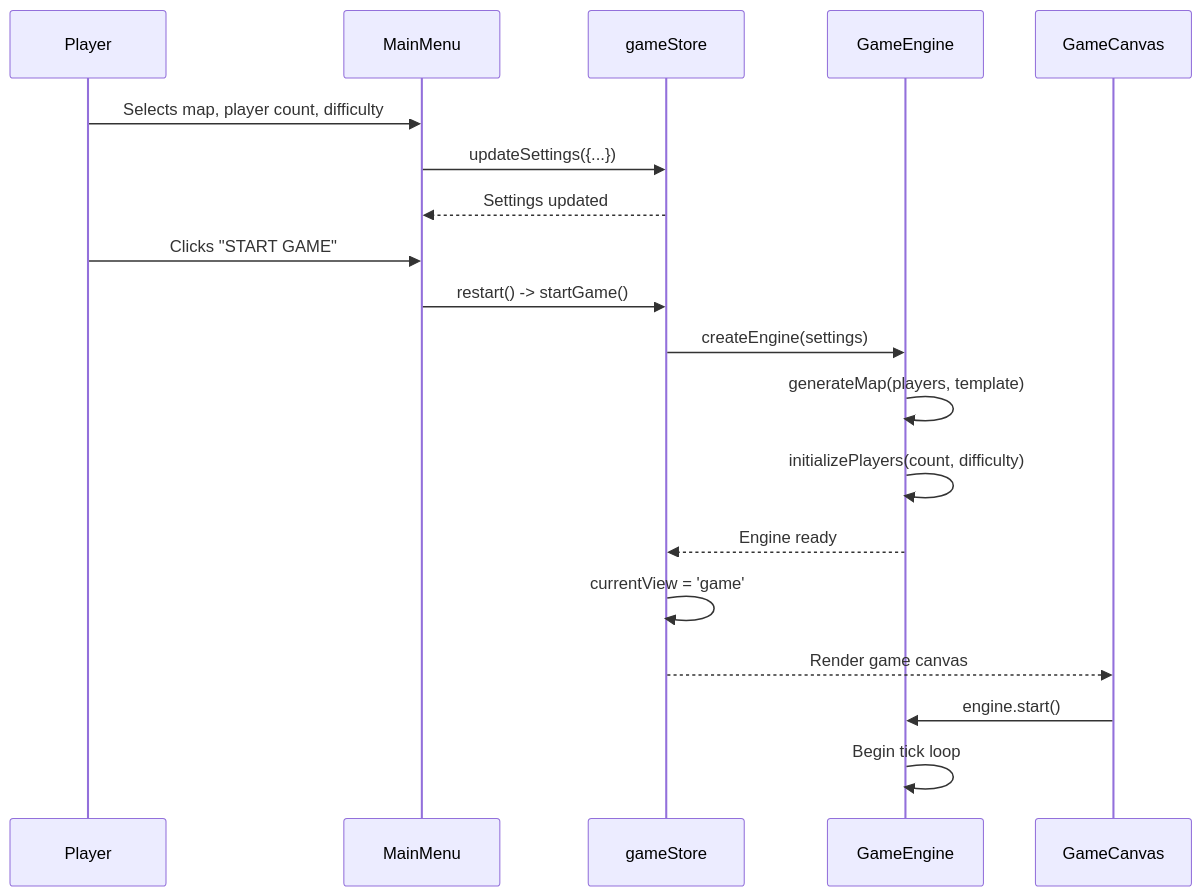
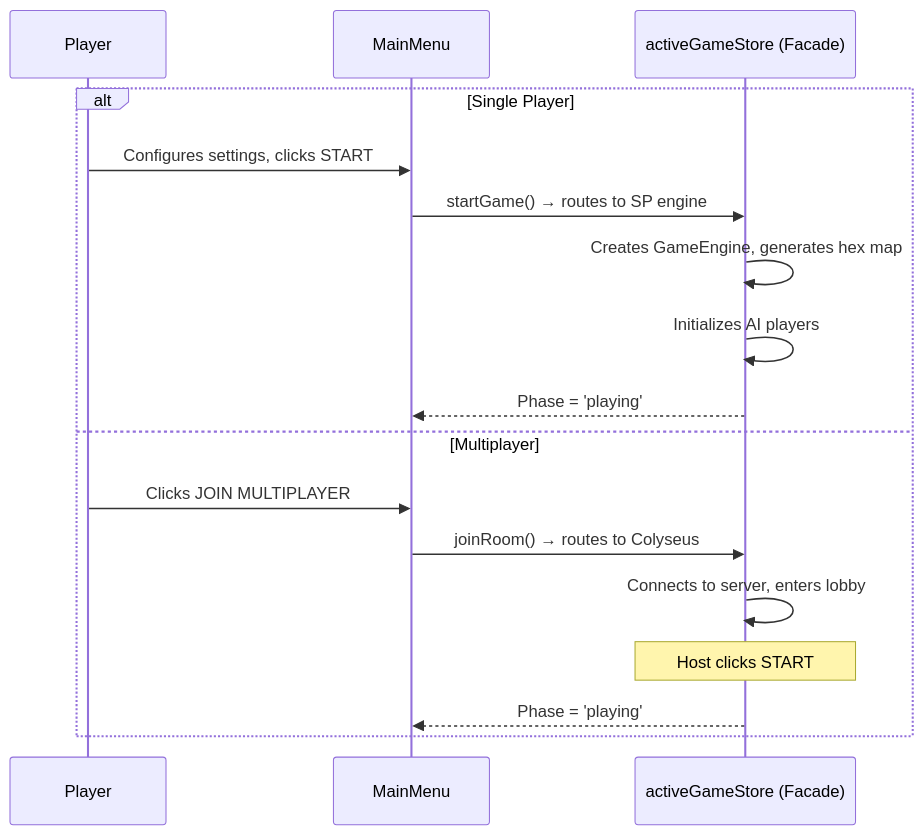
Before and after one commit to mikepeiman/pax-fluxia: the first of 3 diagrams in .atlas/04_FUNCTIONAL_STORY.md, drawn with Mermaid. The commit also changed other lines of this file, not shown here.

Commit message:
docs: update 04_FUNCTIONAL_STORY.md  add MP flow, deferred orders, variable tuning stories

````diff
--- a/.atlas/04_FUNCTIONAL_STORY.md
+++ b/.atlas/04_FUNCTIONAL_STORY.md
@@ -29,22 +31,20 @@
 ```mermaid
 sequenceDiagram
     participant U as Player
     participant M as MainMenu
-    participant S as gameStore
-    participant E as GameEngine
-    participant C as GameCanvas
+    participant F as activeGameStore (Facade)
 
-    U->>M: Selects map, player count, difficulty
-    M->>S: updateSettings({...})
-    S-->>M: Settings updated
-    U->>M: Clicks "START GAME"
-    M->>S: restart() -> startGame()
-    S->>E: createEngine(settings)
-    E->>E: generateMap(players, template)
-    E->>E: initializePlayers(count, difficulty)
-    E-->>S: Engine ready
-    S->>S: currentView = 'game'
-    S-->>C: Render game canvas
-    C->>E: engine.start()
-    E->>E: Begin tick loop
+    alt Single Player
+        U->>M: Configures settings, clicks START
+        M->>F: startGame() → routes to SP engine
+        F->>F: Creates GameEngine, generates hex map
+        F->>F: Initializes AI players
+        F-->>M: Phase = 'playing'
+    else Multiplayer
+        U->>M: Clicks JOIN MULTIPLAYER
+        M->>F: joinRoom() → routes to Colyseus
+        F->>F: Connects to server, enters lobby
+        Note over F: Host clicks START
+        F-->>M: Phase = 'playing'
+    end
 ```
````
